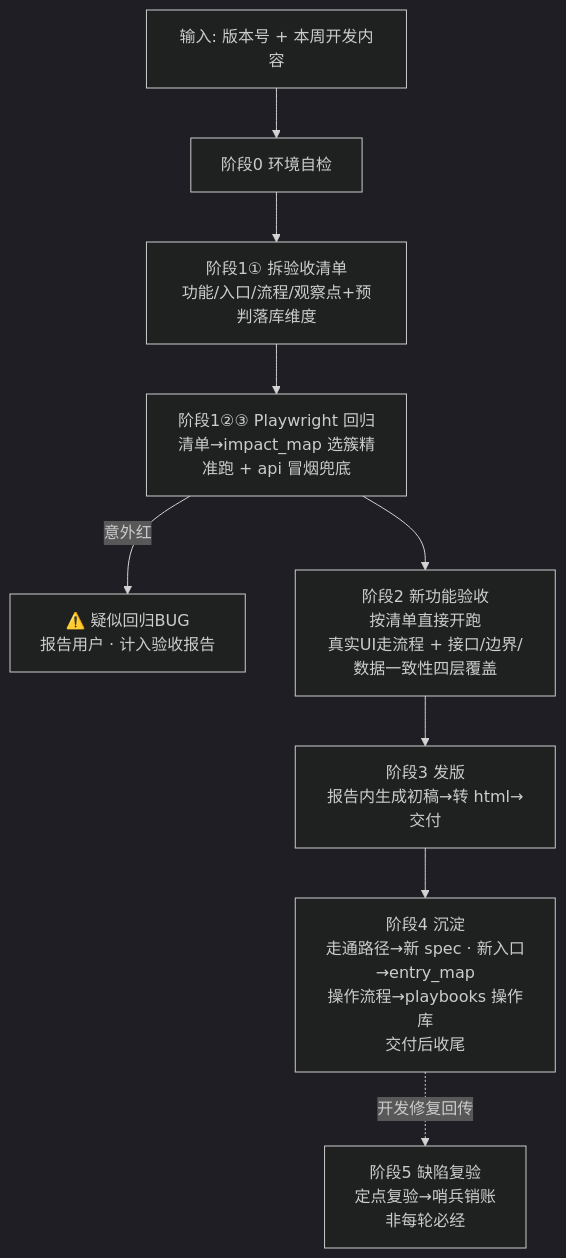
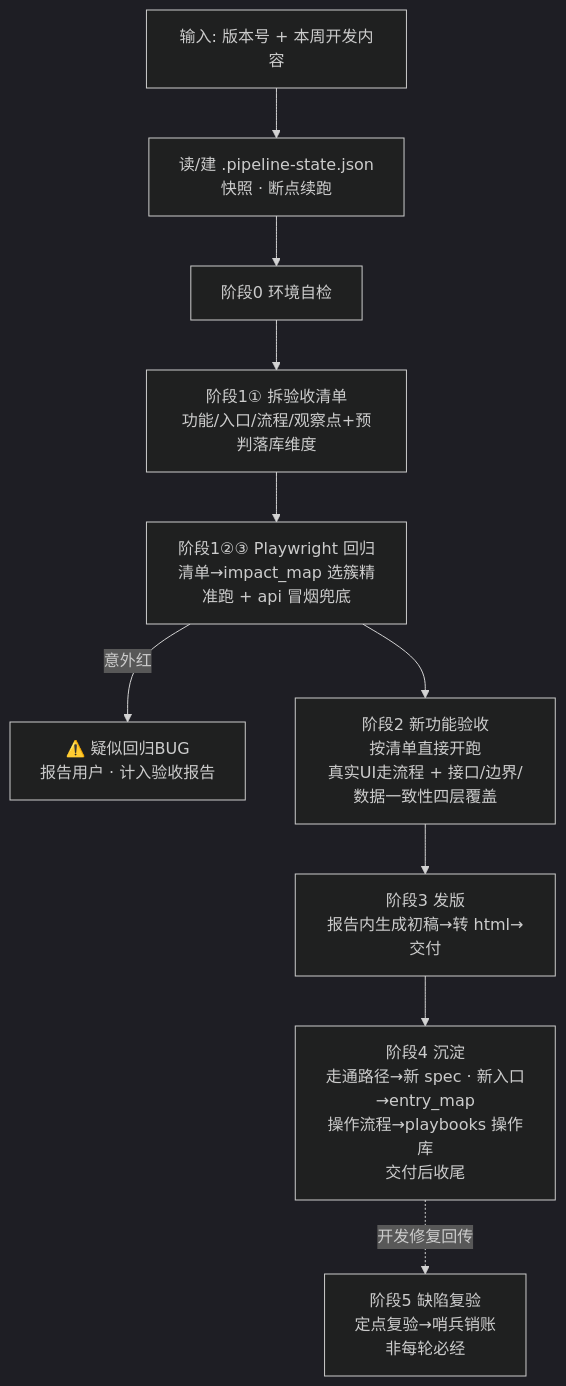
The diagram in skills/SKILL.md (ddddd-xy126/51PM-yanshou-ceshi-faban), drawn with Mermaid (dark theme) before and after one commit. The commit also changed other lines of this file and 34 other files, not shown here.

````diff
--- a/skills/SKILL.md
+++ b/skills/SKILL.md
@@ -15,11 +18,11 @@
 ```mermaid
 graph TD
-    A[输入: 版本号 + 本周开发内容] --> B[阶段0 环境自检]
+    A[输入: 版本号 + 本周开发内容] --> S[读/建 .pipeline-state.json<br>快照 · 断点续跑] --> B[阶段0 环境自检]
     B --> C0[阶段1① 拆验收清单<br>功能/入口/流程/观察点+预判落库维度]
     C0 --> C[阶段1②③ Playwright 回归<br>清单→impact_map 选簇精准跑 + api 冒烟兜底]
     C -->|意外红| C1[⚠️ 疑似回归BUG<br>报告用户 · 计入验收报告]
     C --> D[阶段2 新功能验收<br>按清单直接开跑<br>真实UI走流程 + 接口/边界/数据一致性四层覆盖]
     D --> E[阶段3 发版<br>报告内生成初稿→转 html→交付]
     E --> F[阶段4 沉淀<br>走通路径→新 spec · 新入口→entry_map<br>操作流程→playbooks 操作库<br>交付后收尾]
     F -. 开发修复回传 .-> G[阶段5 缺陷复验<br>定点复验→哨兵销账<br>非每轮必经]
 ```
````
